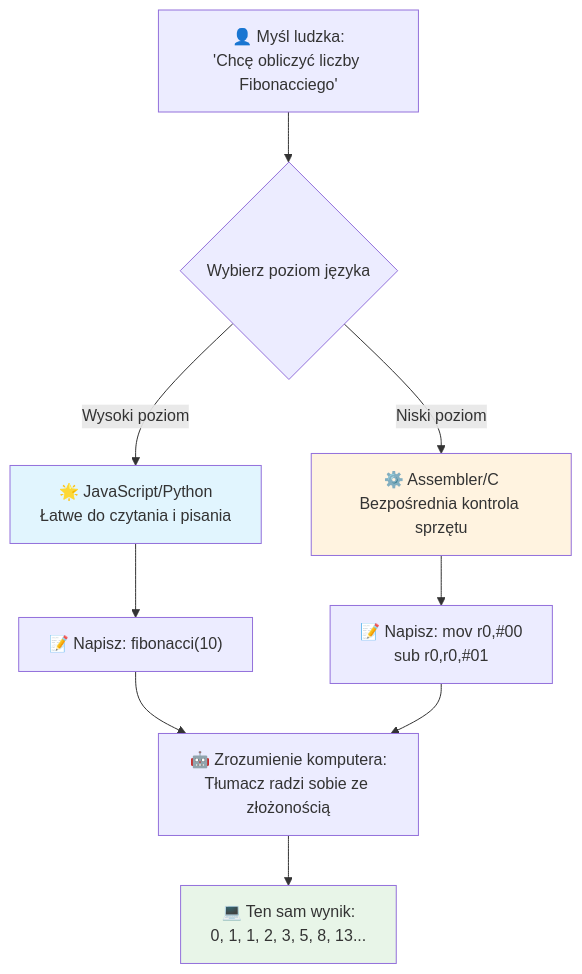
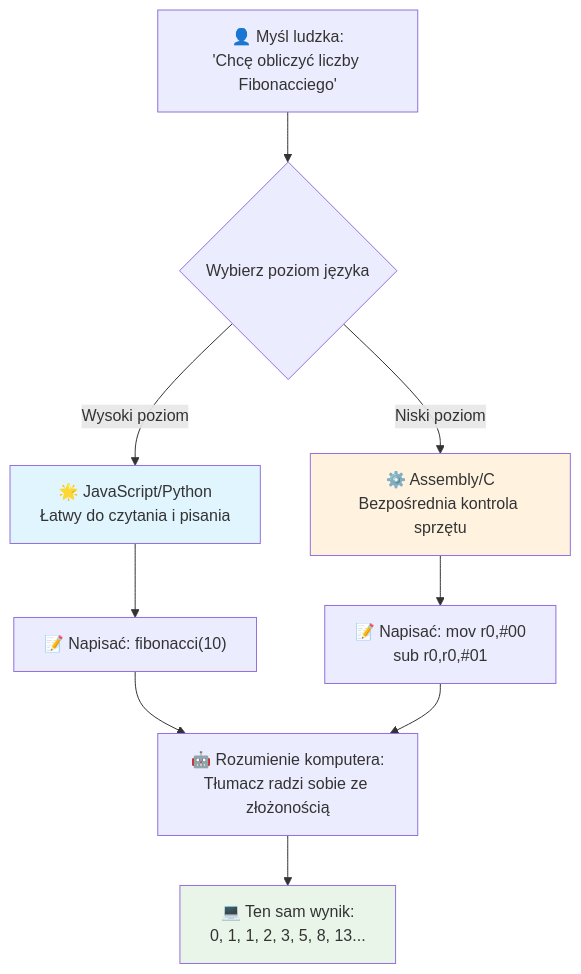
The third of 7 diagrams in translations/pl/1-getting-started-lessons/1-intro-to-programming-languages/README.md (microsoft/Web-Dev-For-Beginners), drawn with Mermaid before and after one commit. The commit also changed other lines of this file and 8 other files, not shown here.

````diff
--- a/translations/pl/1-getting-started-lessons/1-intro-to-programming-languages/README.md
+++ b/translations/pl/1-getting-started-lessons/1-intro-to-programming-languages/README.md
@@ -148,19 +148,19 @@
 ```mermaid
 flowchart TB
     A["👤 Myśl ludzka:<br/>'Chcę obliczyć liczby Fibonacciego'"] --> B{Wybierz poziom języka}
     
-    B -->|Wysoki poziom| C["🌟 JavaScript/Python<br/>Łatwe do czytania i pisania"]
-    B -->|Niski poziom| D["⚙️ Assembler/C<br/>Bezpośrednia kontrola sprzętu"]
+    B -->|Wysoki poziom| C["🌟 JavaScript/Python<br/>Łatwy do czytania i pisania"]
+    B -->|Niski poziom| D["⚙️ Assembly/C<br/>Bezpośrednia kontrola sprzętu"]
     
-    C --> E["📝 Napisz: fibonacci(10)"]
-    D --> F["📝 Napisz: mov r0,#00<br/>sub r0,r0,#01"]
+    C --> E["📝 Napisać: fibonacci(10)"]
+    D --> F["📝 Napisać: mov r0,#00<br/>sub r0,r0,#01"]
     
-    E --> G["🤖 Zrozumienie komputera:<br/>Tłumacz radzi sobie ze złożonością"]
+    E --> G["🤖 Rozumienie komputera:<br/>Tłumacz radzi sobie ze złożonością"]
     F --> G
     
     G --> H["💻 Ten sam wynik:<br/>0, 1, 1, 2, 3, 5, 8, 13..."]
     
     style C fill:#e1f5fe
     style D fill:#fff3e0
     style H fill:#e8f5e8
 ```
````
